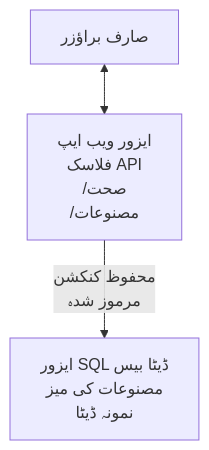
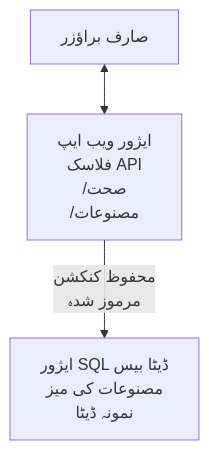
The diagram in translations/ur/examples/database-app/README.md (microsoft/AZD-for-beginners), drawn with Mermaid before and after one commit. The commit also changed other lines of this file and 104 other files, not shown here.

````diff
--- a/translations/ur/examples/database-app/README.md
+++ b/translations/ur/examples/database-app/README.md
@@ -72,5 +72,5 @@
 ```mermaid
 graph TD
-    Browser[صارف براؤزر] <--> WebApp[ایزور ویب ایپ<br/>فلاسک API<br/>/صحت<br/>/مصنوعات]
-    WebApp -- محفوظ کنکشن<br/>مرموز شدہ --> SQL[ایزور SQL ڈیٹا بیس<br/>مصنوعات کی میز<br/>نمونہ ڈیٹا]
+    Browser[صارف براؤزر] <--> WebApp[ایژور ویب ایپ<br/>فلاسک API<br/>/صحت<br/>/مصنوعات]
+    WebApp -- محفوظ کنکشن<br/>مرموز شدہ --> SQL[ایژور SQL ڈیٹا بیس<br/>مصنوعات کی میز<br/>نمونہ ڈیٹا]
 ```
````
